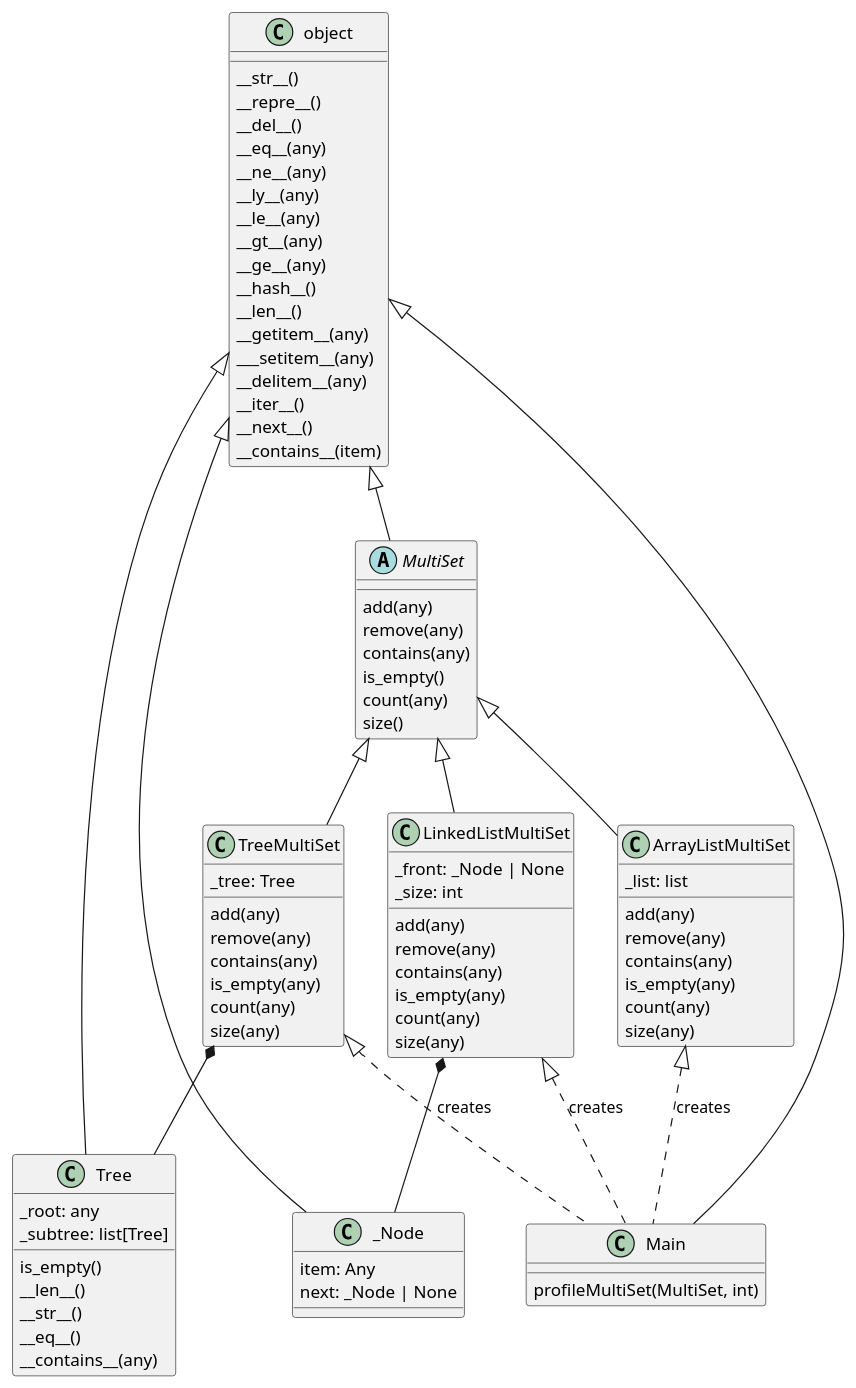
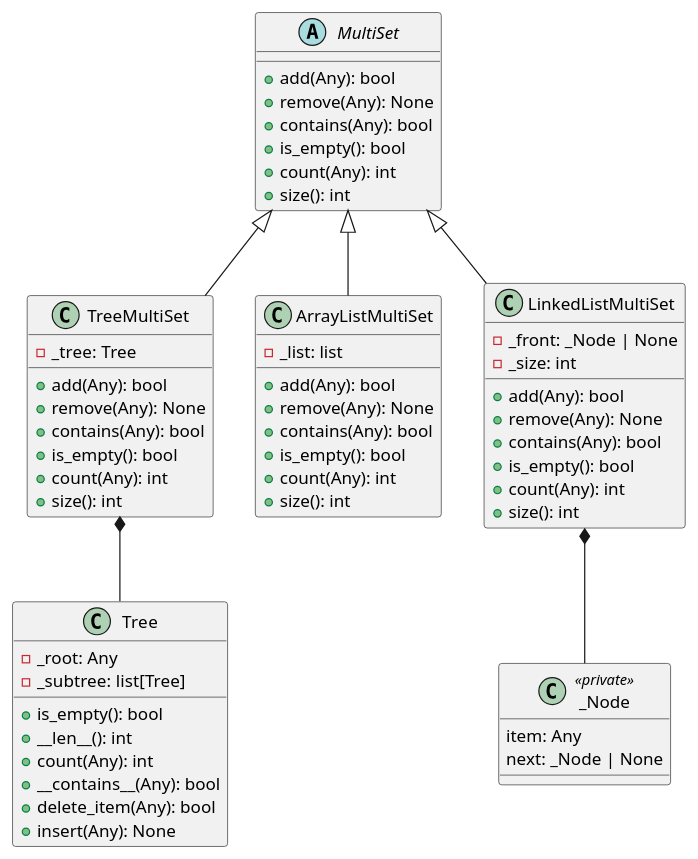
Before and after one commit to katrinasha/multiset-adt: the diagram in src/adt.py UML.puml, drawn with PlantUML.

Commit message:
fixed return type, private, relationship

```diff
--- a/src/adt.py UML.puml
+++ b/src/adt.py UML.puml
@@ -1,97 +1,72 @@
 @startuml
 'https://plantuml.com/sequence-diagram
 
-object <|-- MultiSet
-class object {
-__str__()
-__repre__()
-__del__()
-__eq__(any)
-__ne__(any)
-__ly__(any)
-__le__(any)
-__gt__(any)
-__ge__(any)
-__hash__()
-__len__()
-__getitem__(any)
-___setitem__(any)
-__delitem__(any)
-__iter__()
-__next__()
-__contains__(item)
-}
+
 
 abstract MultiSet {
-add(any)
-remove(any)
-contains(any)
-is_empty()
-count(any)
-size()
++add(Any): bool
++remove(Any): None
++contains(Any): bool
++is_empty(): bool
++count(Any): int
++size(): int
 
 }
 
-object <|-- Tree
 class Tree {
-    _root: any
-    _subtree: list[Tree]
+    -_root: Any
+    -_subtree: list[Tree]
 
-    is_empty()
-    __len__()
-    __str__()
-    __eq__()
-    __contains__(any)
+    +is_empty(): bool
+    +__len__(): int
+    +count(Any): int
+    +__contains__(Any): bool
+    +delete_item(Any): bool
+    +insert(Any): None
 
 }
+
 MultiSet <|-- TreeMultiSet
 TreeMultiSet *-- Tree
 class TreeMultiSet {
-_tree: Tree
-add(any)
-remove(any)
-contains(any)
-is_empty(any)
-count(any)
-size(any)
+-_tree: Tree
++add(Any): bool
++remove(Any): None
++contains(Any): bool
++is_empty(): bool
++count(Any): int
++size(): int
 }
 
 MultiSet <|-- ArrayListMultiSet
 class ArrayListMultiSet {
-_list: list
-add(any)
-remove(any)
-contains(any)
-is_empty(any)
-count(any)
-size(any)
+-_list: list
++add(Any): bool
++remove(Any): None
++contains(Any): bool
++is_empty(): bool
++count(Any): int
++size(): int
 }
 
 MultiSet <|-- LinkedListMultiSet
 LinkedListMultiSet *-- _Node
 class LinkedListMultiSet {
-_front: _Node | None
-_size: int
+-_front: _Node | None
+-_size: int
 
-add(any)
-remove(any)
-contains(any)
-is_empty(any)
-count(any)
-size(any)
++add(Any): bool
++remove(Any): None
++contains(Any): bool
++is_empty(): bool
++count(Any): int
++size(): int
 }
 
-object <|-- _Node
-class _Node {
+
+class _Node <<private>>{
 item: Any
 next: _Node | None
 }
 
-TreeMultiSet <|.. Main: creates
-ArrayListMultiSet <|.. Main: creates
-LinkedListMultiSet <|.. Main: creates
-object <|-- Main
-class Main {
-profileMultiSet(MultiSet, int)
-}
 @enduml
```
